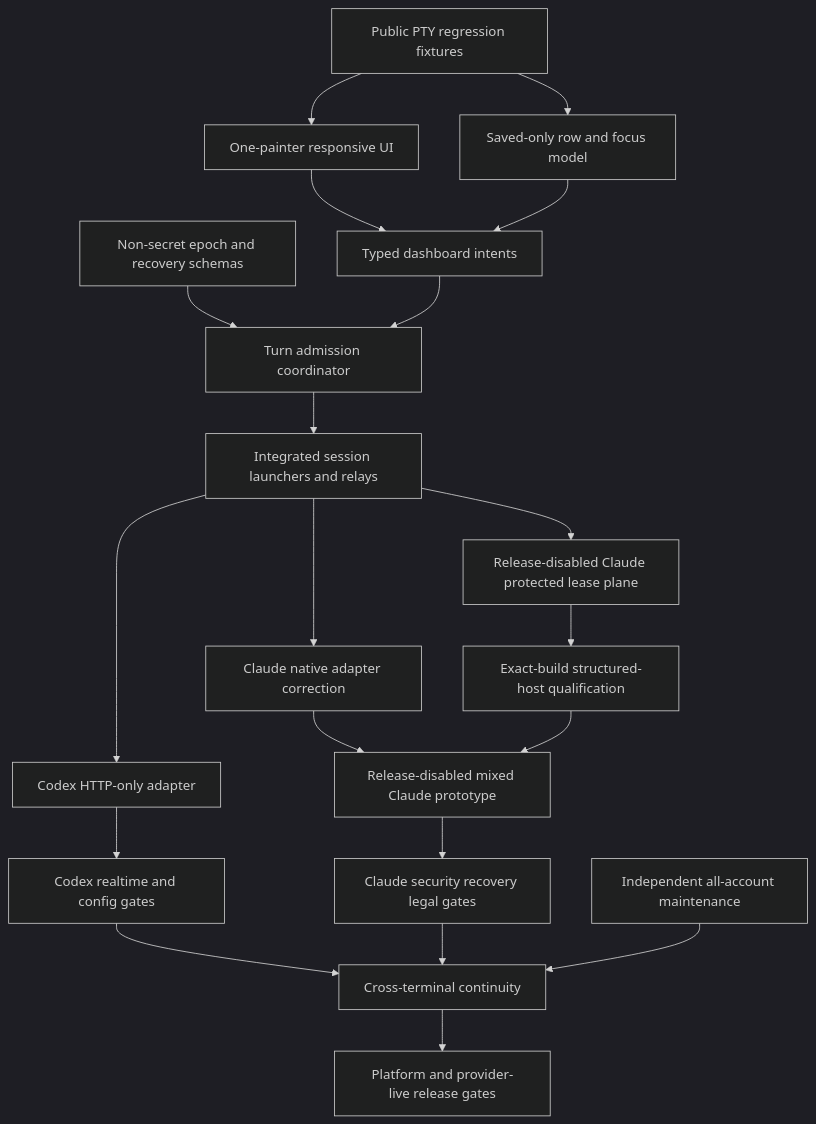
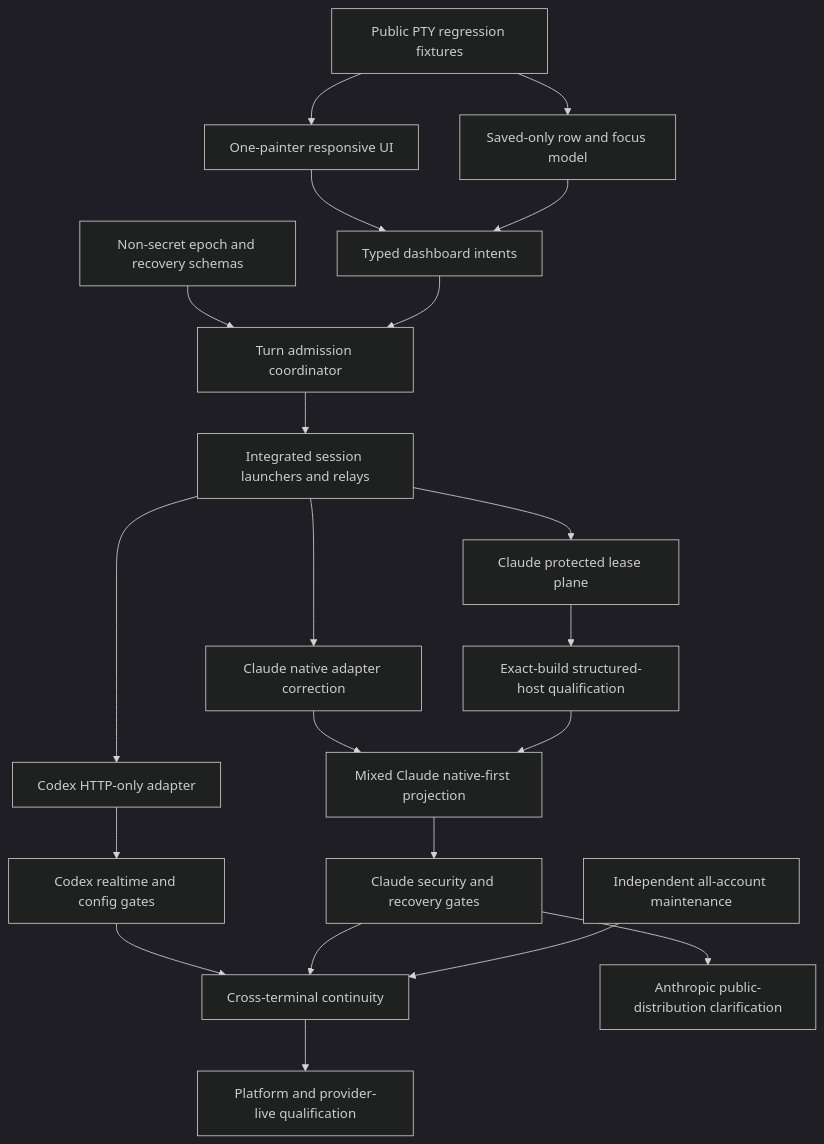
Before and after one commit to Sawmonabo/sidekick-usages: diagram 12 of 12 in docs/superpowers/specs/2026-08-01-hardened-global-account-selection-design.md, drawn with Mermaid (dark theme). The commit also changed other lines of this file and 7 other files, not shown here.

````diff
--- a/docs/superpowers/specs/2026-08-01-hardened-global-account-selection-design.md
+++ b/docs/superpowers/specs/2026-08-01-hardened-global-account-selection-design.md
@@ -2887,22 +2933,23 @@
 ```mermaid
 flowchart TD
     A[Public PTY regression fixtures] --> B[One-painter responsive UI]
     A --> C[Saved-only row and focus model]
     B --> D[Typed dashboard intents]
     C --> D
     E[Non-secret epoch and recovery schemas] --> F[Turn admission coordinator]
     D --> F
     F --> N[Integrated session launchers and relays]
     N --> G[Claude native adapter correction]
     N --> H[Codex HTTP-only adapter]
-    N --> P[Release-disabled Claude protected lease plane]
+    N --> P[Claude protected lease plane]
     P --> I[Exact-build structured-host qualification]
-    G --> J[Release-disabled mixed Claude prototype]
+    G --> J[Mixed Claude native-first projection]
     I --> J
     H --> R[Codex realtime and config gates]
     R --> K[Cross-terminal continuity]
-    J --> Q[Claude security recovery legal gates]
+    J --> Q[Claude security and recovery gates]
     Q --> K
     L[Independent all-account maintenance] --> K
-    K --> M[Platform and provider-live release gates]
+    K --> M[Platform and provider-live qualification]
+    Q --> O[Anthropic public-distribution clarification]
 ```
````
